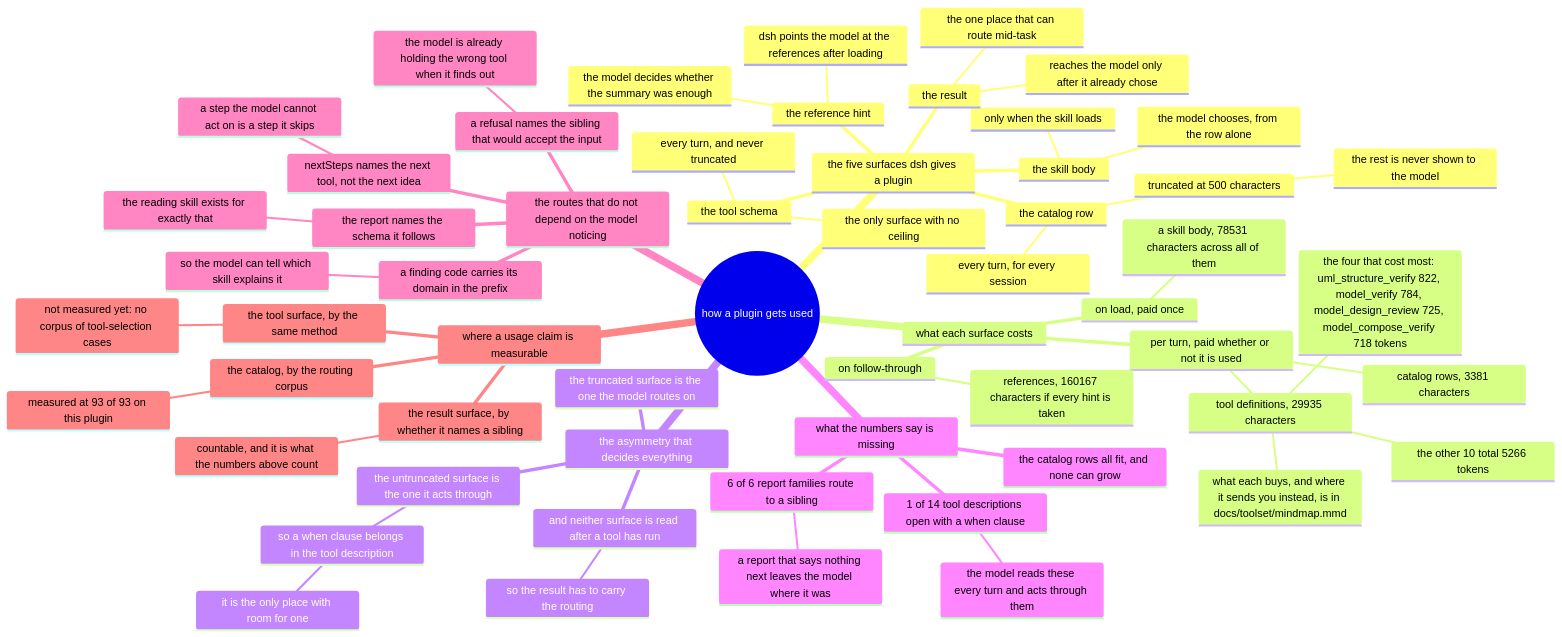
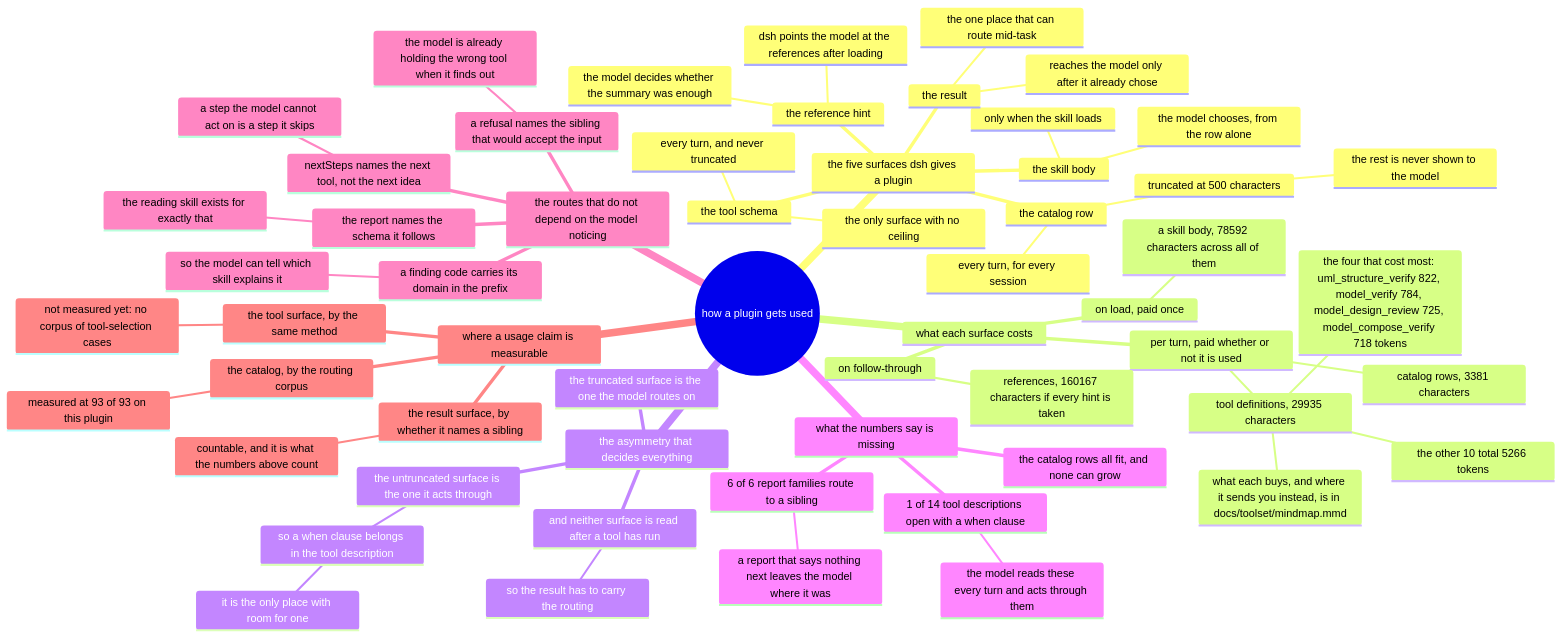
Before and after one commit to AmethystLuna/dsh-model-everything: the diagram in docs/usage/mindmap.mmd, drawn with Mermaid. The commit also changed 7 other files, not shown here.

```diff
--- a/docs/usage/mindmap.mmd
+++ b/docs/usage/mindmap.mmd
@@ -1,59 +1,59 @@
 mindmap
 root((how a plugin gets used))
   the five surfaces dsh gives a plugin
     the catalog row
       every turn, for every session
       truncated at 500 characters
         the rest is never shown to the model
     the skill body
       only when the skill loads
       the model chooses, from the row alone
     the reference hint
       dsh points the model at the references after loading
       the model decides whether the summary was enough
     the tool schema
       every turn, and never truncated
       the only surface with no ceiling
     the result
       reaches the model only after it already chose
       the one place that can route mid-task
   what each surface costs
     per turn, paid whether or not it is used
       catalog rows, 3381 characters
       tool definitions, 29935 characters
         the four that cost most: uml_structure_verify 822, model_verify 784, model_design_review 725, model_compose_verify 718 tokens
         the other 10 total 5266 tokens
         what each buys, and where it sends you instead, is in docs/toolset/mindmap.mmd
     on load, paid once
-      a skill body, 78531 characters across all of them
+      a skill body, 78592 characters across all of them
     on follow-through
       references, 160167 characters if every hint is taken
   the asymmetry that decides everything
     the truncated surface is the one the model routes on
     the untruncated surface is the one it acts through
       so a when clause belongs in the tool description
         it is the only place with room for one
     and neither surface is read after a tool has run
       so the result has to carry the routing
   what the numbers say is missing
     1 of 14 tool descriptions open with a when clause
       the model reads these every turn and acts through them
     6 of 6 report families route to a sibling
       a report that says nothing next leaves the model where it was
     the catalog rows all fit, and none can grow
   the routes that do not depend on the model noticing
     a refusal names the sibling that would accept the input
       the model is already holding the wrong tool when it finds out
     nextSteps names the next tool, not the next idea
       a step the model cannot act on is a step it skips
     a finding code carries its domain in the prefix
       so the model can tell which skill explains it
     the report names the schema it follows
       the reading skill exists for exactly that
   where a usage claim is measurable
     the catalog, by the routing corpus
       measured at 93 of 93 on this plugin
     the tool surface, by the same method
       not measured yet: no corpus of tool-selection cases
     the result surface, by whether it names a sibling
       countable, and it is what the numbers above count
```
